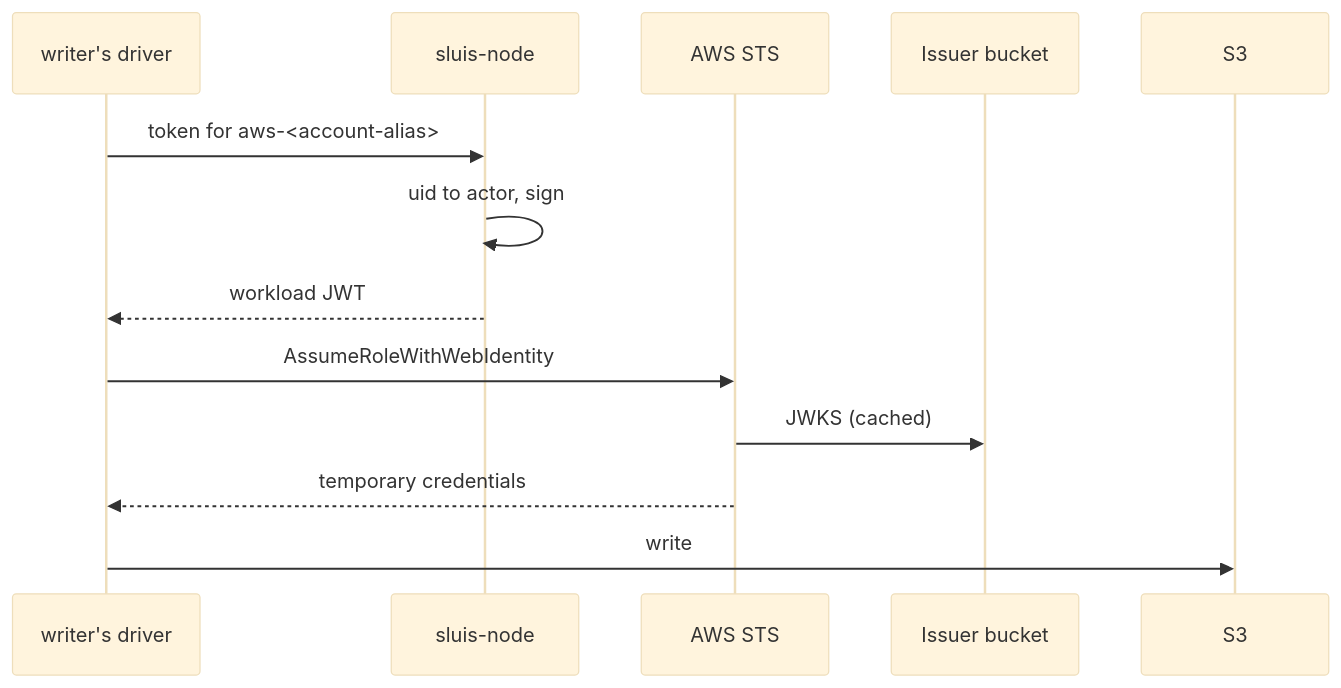
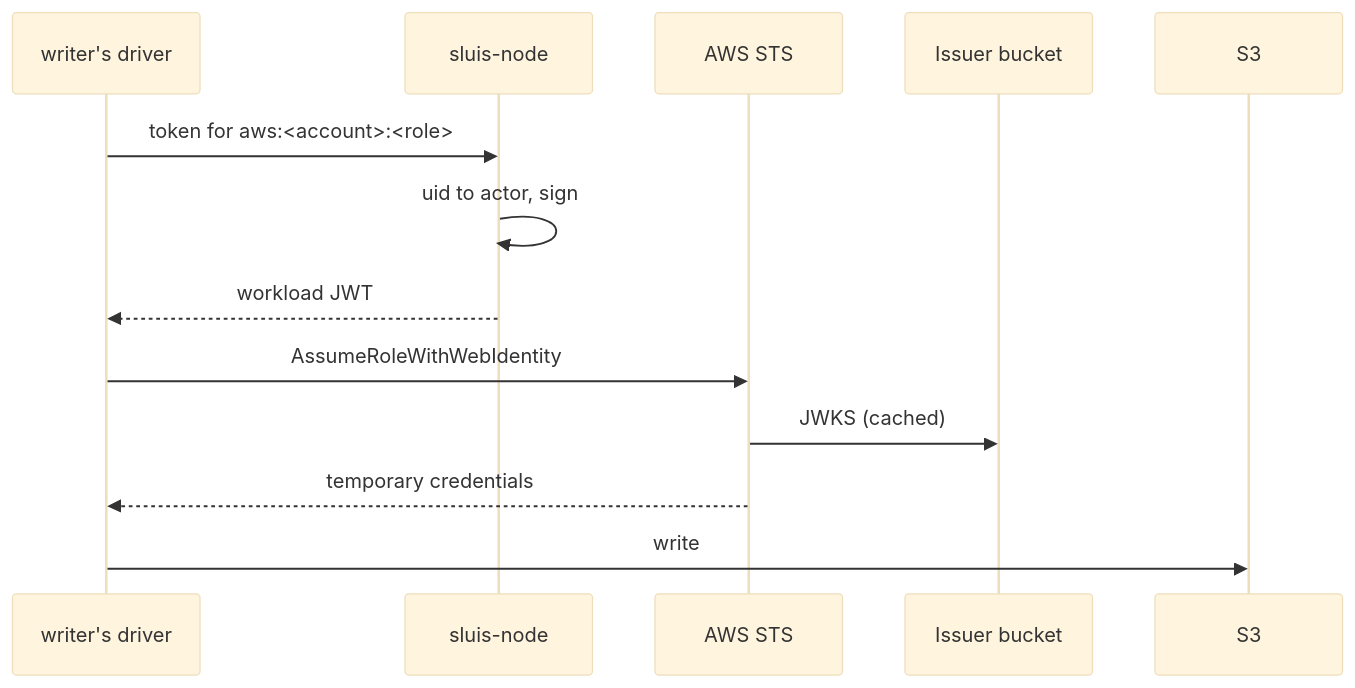
The first of 2 diagrams in docs/concepts/identity.md (truvity/sluis), drawn with Mermaid (base theme) before and after one commit. The commit also changed other lines of this file and 42 other files, not shown here.

````diff
--- a/docs/concepts/identity.md
+++ b/docs/concepts/identity.md
@@ -87,15 +87,15 @@
 ```mermaid
 sequenceDiagram
   participant D as writer's driver
   participant N as sluis-node
   participant S as AWS STS
   participant B as Issuer bucket
   participant A as S3
-  D->>N: token for aws-<account-alias>
+  D->>N: token for aws:<account>:<role>
   N->>N: uid to actor, sign
   N-->>D: workload JWT
   D->>S: AssumeRoleWithWebIdentity
   S->>B: JWKS (cached)
   S-->>D: temporary credentials
   D->>A: write
 ```
````
